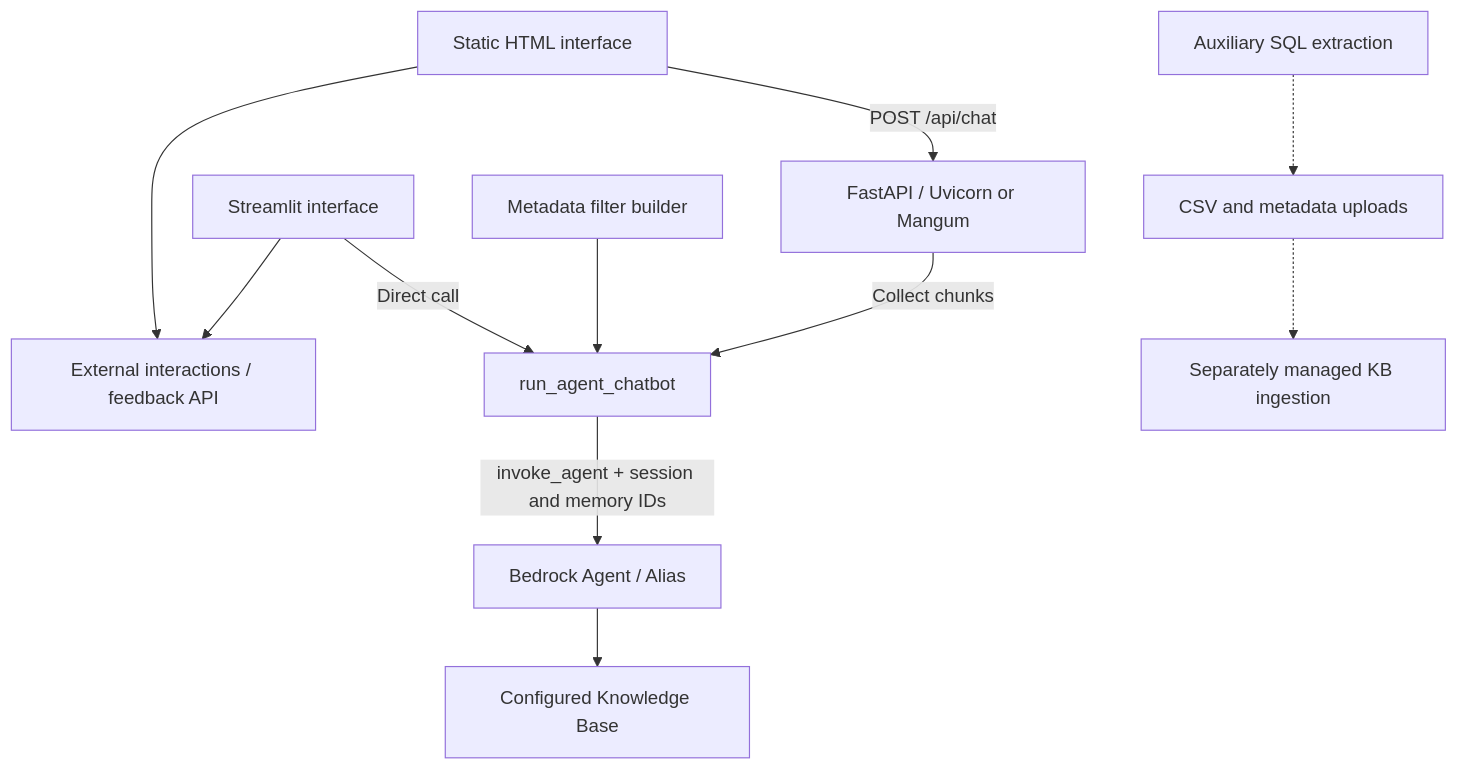
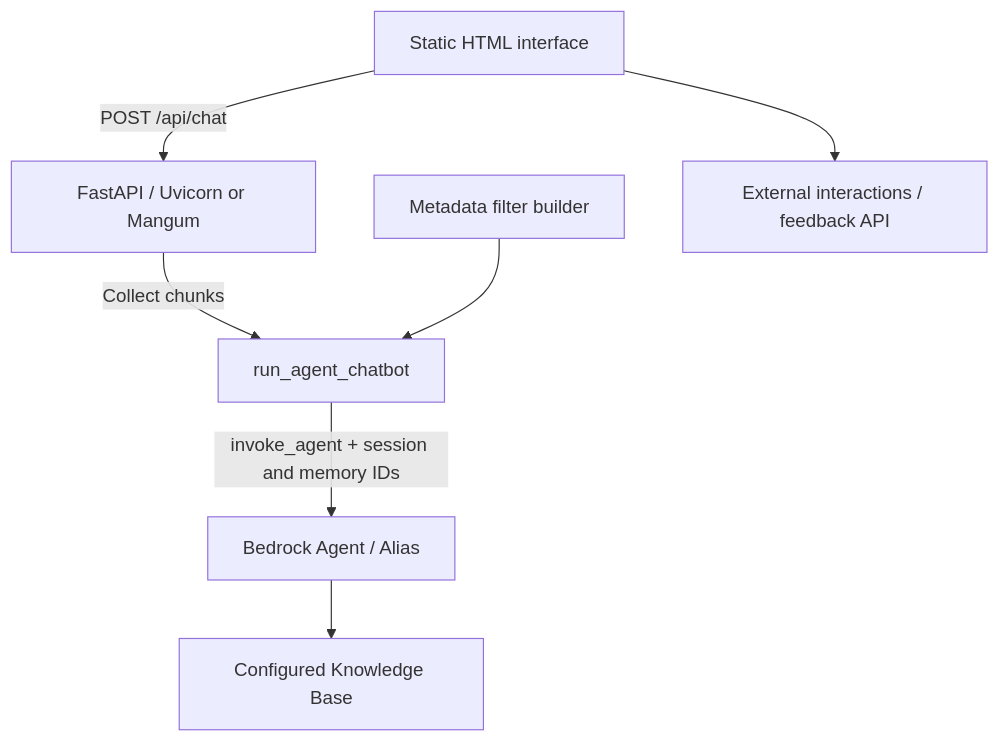
One commit to AllianceBioversityCIAT/ai-services changed the diagram in chatbot-service/README.md. Above: the diagram before and after it, drawn with Mermaid. The commit also changed other lines of this file and 8 other files, not shown here.

````diff
--- a/chatbot-service/README.md
+++ b/chatbot-service/README.md
@@ -86,13 +76,9 @@
 ```mermaid
 flowchart TD
     Browser[Static HTML interface] -->|POST /api/chat| API[FastAPI / Uvicorn or Mangum]
     API -->|Collect chunks| Agent[run_agent_chatbot]
-    Streamlit[Streamlit interface] -->|Direct call| Agent
     Filters[Metadata filter builder] --> Agent
     Agent -->|invoke_agent + session and memory IDs| Bedrock[Bedrock Agent / Alias]
     Bedrock --> KB[Configured Knowledge Base]
     Browser --> Feedback[External interactions / feedback API]
-    Streamlit --> Feedback
-    SQL[Auxiliary SQL extraction] -.-> S3[CSV and metadata uploads]
-    S3 -.-> Ingestion[Separately managed KB ingestion]
 ```
````
